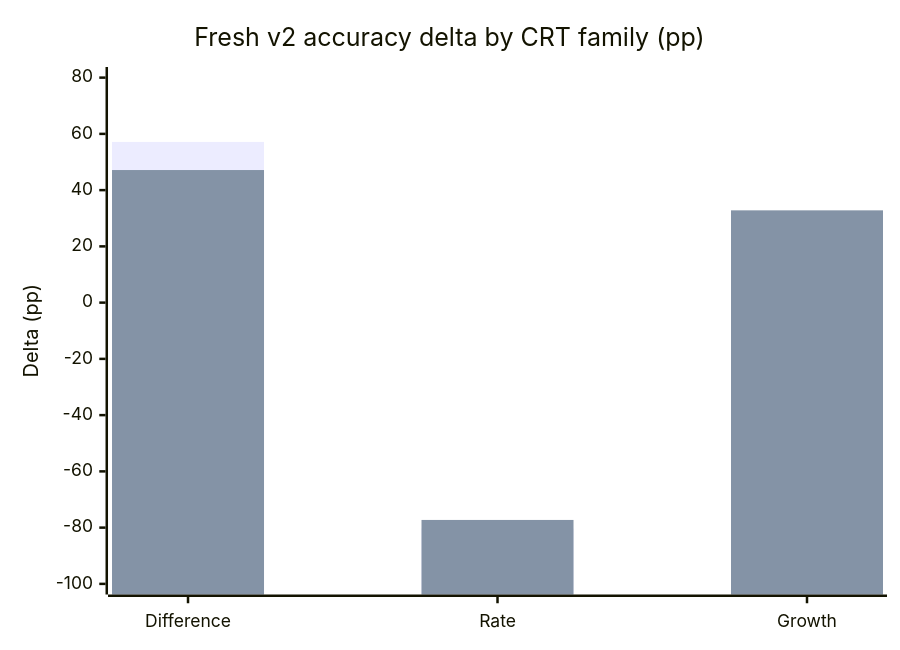
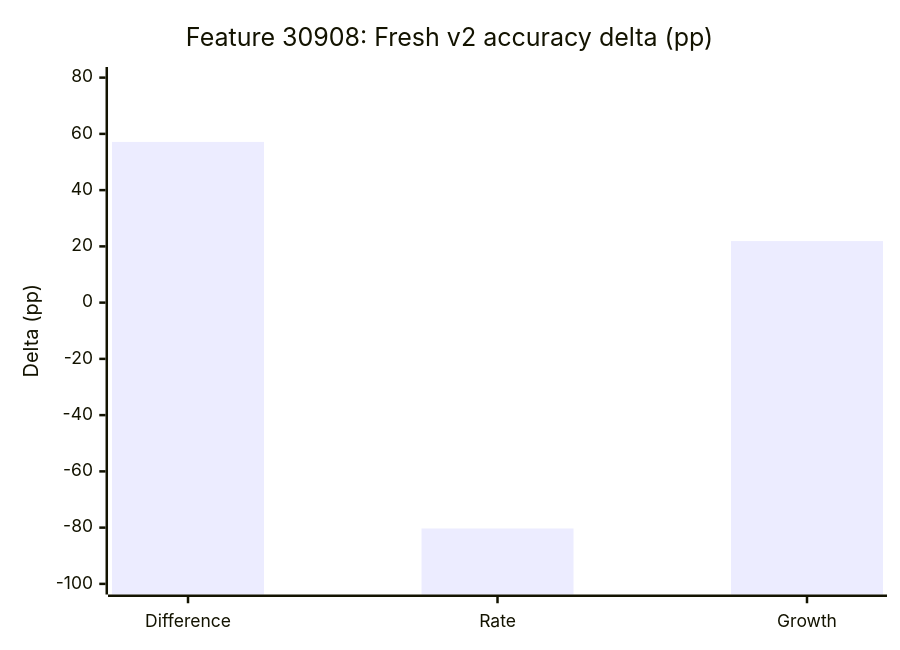
One commit to davidkss/mindscopex_analysis changed the second of 6 diagrams in research/journal/2026-10-19_2026-10-21.md. Above: the diagram before and after it, drawn with Mermaid. The commit also changed other lines of this file, not shown here.

Commit message:
docs: separate overlapping CRT family bars and verify counts from Fresh v2 run artifacts

````diff
--- a/research/journal/2026-10-19_2026-10-21.md
+++ b/research/journal/2026-10-19_2026-10-21.md
@@ -71,8 +75,7 @@
 ```mermaid
 xychart-beta
-    title "Fresh v2 accuracy delta by CRT family (pp)"
+    title "Feature 30908: Fresh v2 accuracy delta (pp)"
     x-axis ["Difference", "Rate", "Growth"]
     y-axis "Delta (pp)" -100 --> 80
     bar [57.14, -80.30, 21.88]
-    bar [47.14, -77.27, 32.81]
 ```
````
